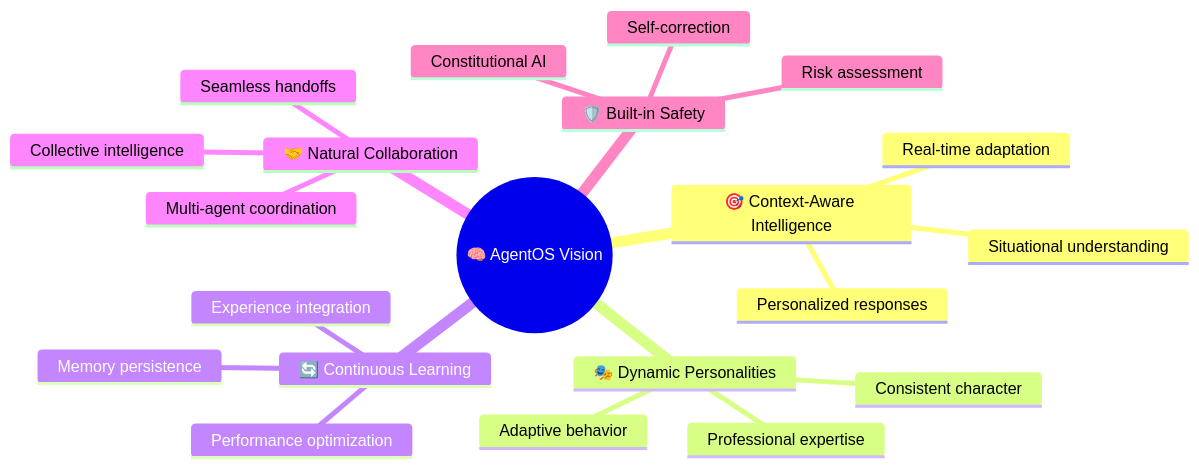
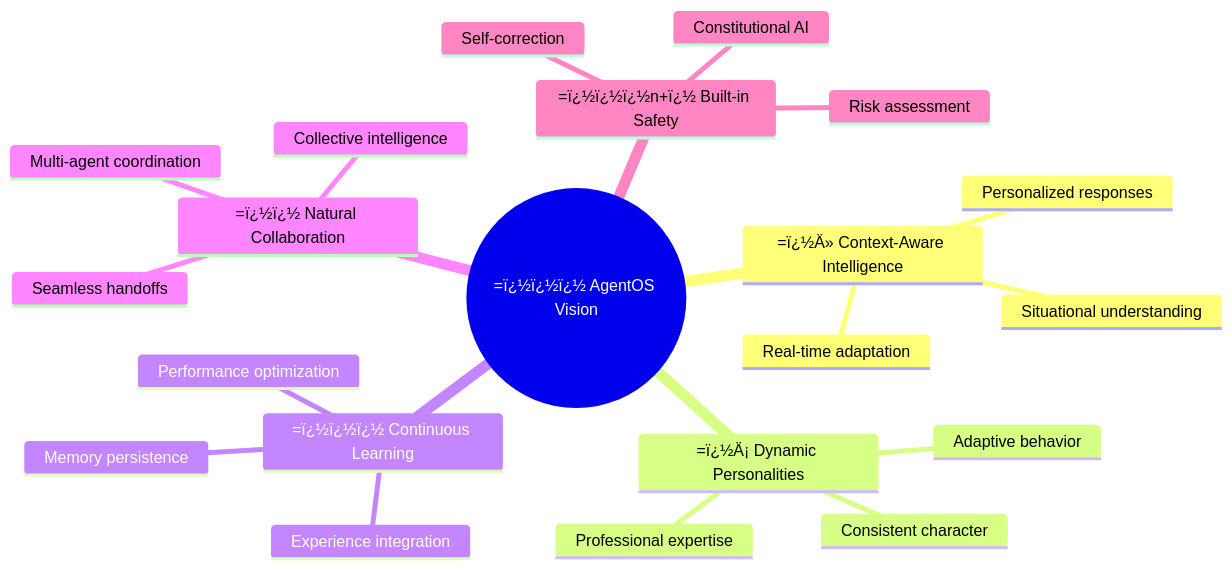
Before and after one commit to framersai/agentos-live-docs: the first of 15 diagrams in packages/agentos/docs/ARCHITECTURE.md, drawn with Mermaid. The commit also changed other lines of this file and 47 other files, not shown here.

````diff
--- a/packages/agentos/docs/ARCHITECTURE.md
+++ b/packages/agentos/docs/ARCHITECTURE.md
@@ -16,24 +23,24 @@
 ```mermaid
 mindmap
-  root((🧠 AgentOS Vision))
-    🎯 Context-Aware Intelligence
+  root((=ï¿½ï¿½ï¿½ AgentOS Vision))
+    =ï¿½Ä» Context-Aware Intelligence
       Real-time adaptation
       Situational understanding
       Personalized responses
-    🎭 Dynamic Personalities
+    =ï¿½Ä¡ Dynamic Personalities
       Consistent character
       Adaptive behavior
       Professional expertise
-    🔄 Continuous Learning
+    =ï¿½ï¿½ï¿½ Continuous Learning
       Memory persistence
       Experience integration
       Performance optimization
-    🤝 Natural Collaboration
+    =ï¿½ï¿½ Natural Collaboration
       Multi-agent coordination
       Seamless handoffs
       Collective intelligence
-    🛡️ Built-in Safety
+    =ï¿½ï¿½ï¿½n+ï¿½ Built-in Safety
       Constitutional AI
       Risk assessment
       Self-correction
 ```
````
